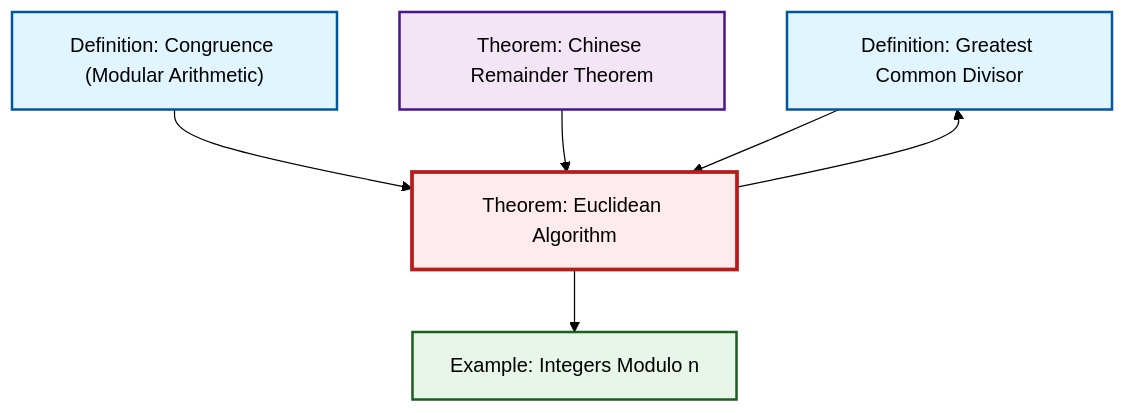
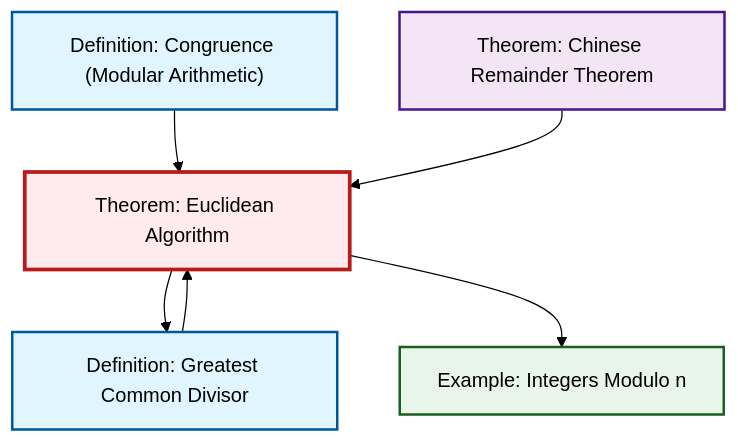
The second of 2 diagrams in content/ja/number-theory/thm-euclidean-algorithm.qmd (RK0429/ModernMath), drawn with Mermaid (forest theme) before and after one commit. The commit also changed other lines of this file and 360 other files, not shown here.

````diff
--- a/content/ja/number-theory/thm-euclidean-algorithm.qmd
+++ b/content/ja/number-theory/thm-euclidean-algorithm.qmd
@@ -95,24 +95,24 @@
 ```{mermaid}
 %%| fig-cap: "Local dependency graph"
 graph TD
     classDef definition fill:#e1f5fe,stroke:#01579b,stroke-width:2px
     classDef theorem fill:#f3e5f5,stroke:#4a148c,stroke-width:2px
     classDef axiom fill:#fff3e0,stroke:#e65100,stroke-width:2px
     classDef example fill:#e8f5e9,stroke:#1b5e20,stroke-width:2px
     classDef current fill:#ffebee,stroke:#b71c1c,stroke-width:3px
+    thm-chinese-remainder["Theorem: Chinese Remainder Theorem"]:::theorem
+    ex-quotient-integers-mod-n["Example: Integers Modulo n"]:::example
+    def-congruence["Definition: Congruence (Modular Arithmetic)"]:::definition
+    thm-euclidean-algorithm["Theorem: Euclidean Algorithm"]:::theorem
     def-gcd["Definition: Greatest Common Divisor"]:::definition
-    thm-euclidean-algorithm["Theorem: Euclidean Algorithm"]:::theorem
-    thm-chinese-remainder["Theorem: Chinese Remainder Theorem"]:::theorem
-    def-congruence["Definition: Congruence (Modular Arithmetic)"]:::definition
-    ex-quotient-integers-mod-n["Example: Integers Modulo n"]:::example
     thm-euclidean-algorithm --> def-gcd
+    thm-euclidean-algorithm --> ex-quotient-integers-mod-n
+    def-gcd --> thm-euclidean-algorithm
     def-congruence --> thm-euclidean-algorithm
-    thm-euclidean-algorithm --> ex-quotient-integers-mod-n
     thm-chinese-remainder --> thm-euclidean-algorithm
-    def-gcd --> thm-euclidean-algorithm
     class thm-euclidean-algorithm current
+    click thm-chinese-remainder "thm-chinese-remainder.html" "Theorem: Chinese Remainder Theoremへ"
+    click ex-quotient-integers-mod-n "ex-quotient-integers-mod-n.html" "Example: Integers Modulo nへ"
+    click def-congruence "def-congruence.html" "Definition: Congruence (Modular Arithmetic)へ"
     click def-gcd "def-gcd.html" "Definition: Greatest Common Divisorへ"
-    click thm-chinese-remainder "thm-chinese-remainder.html" "Theorem: Chinese Remainder Theoremへ"
-    click def-congruence "def-congruence.html" "Definition: Congruence (Modular Arithmetic)へ"
-    click ex-quotient-integers-mod-n "ex-quotient-integers-mod-n.html" "Example: Integers Modulo nへ"
 ```
````
